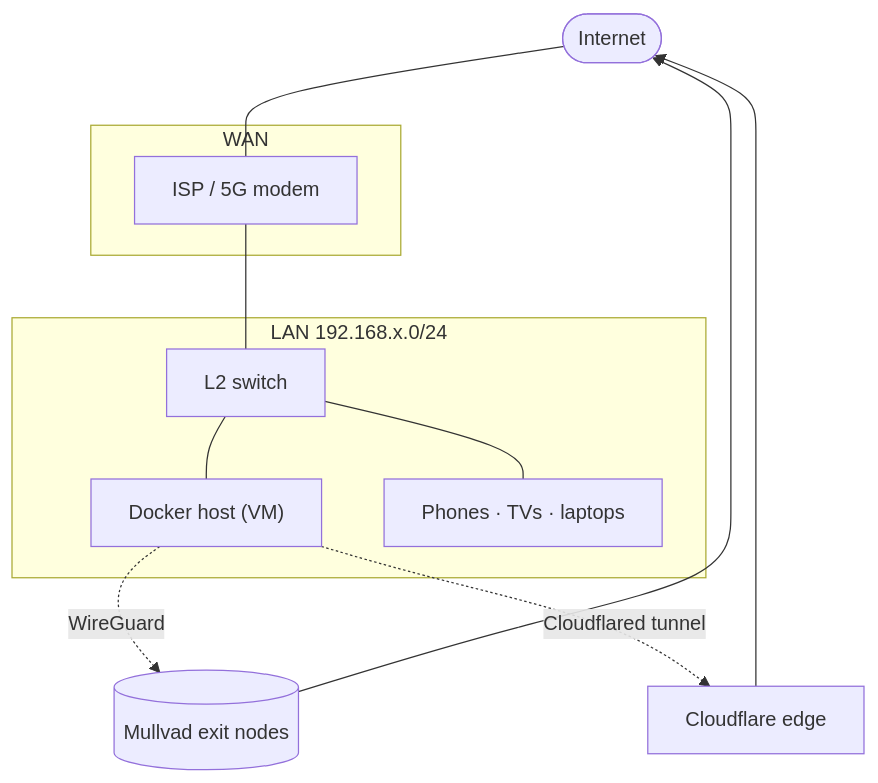
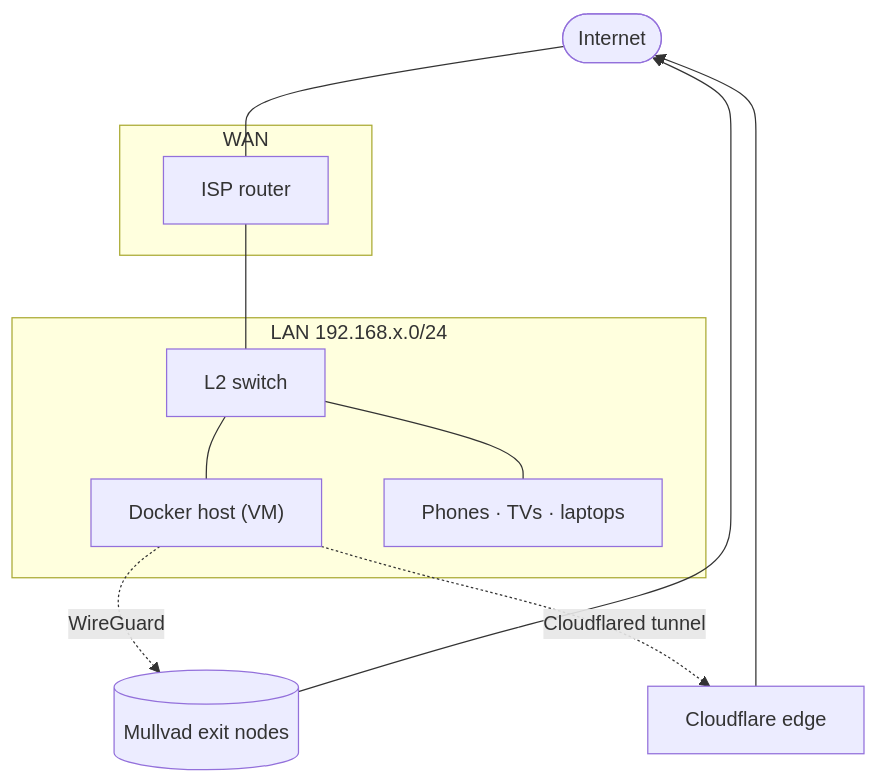
Before and after one commit to MrTorriz/homelab: the first of 3 diagrams in docs/architecture.md, drawn with Mermaid. The commit also changed other lines of this file and 38 other files, not shown here.

````diff
--- a/docs/architecture.md
+++ b/docs/architecture.md
@@ -7,22 +7,22 @@
 ```mermaid
 flowchart TB
     Internet([Internet])
     subgraph WAN
-        ISP[ISP / 5G modem]
+        ISP[ISP router]
     end
     subgraph LAN[LAN 192.168.x.0/24]
         SW[L2 switch]
         Host["Docker host (VM)"]
         Clients[Phones · TVs · laptops]
     end
 
     Internet --- ISP --- SW
     SW --- Host
     SW --- Clients
 
     Host -. WireGuard .-> Mullvad[(Mullvad exit nodes)]
     Mullvad --> Internet
 
     Host -. Cloudflared tunnel .-> CF[Cloudflare edge]
     CF --> Internet
 ```
````
